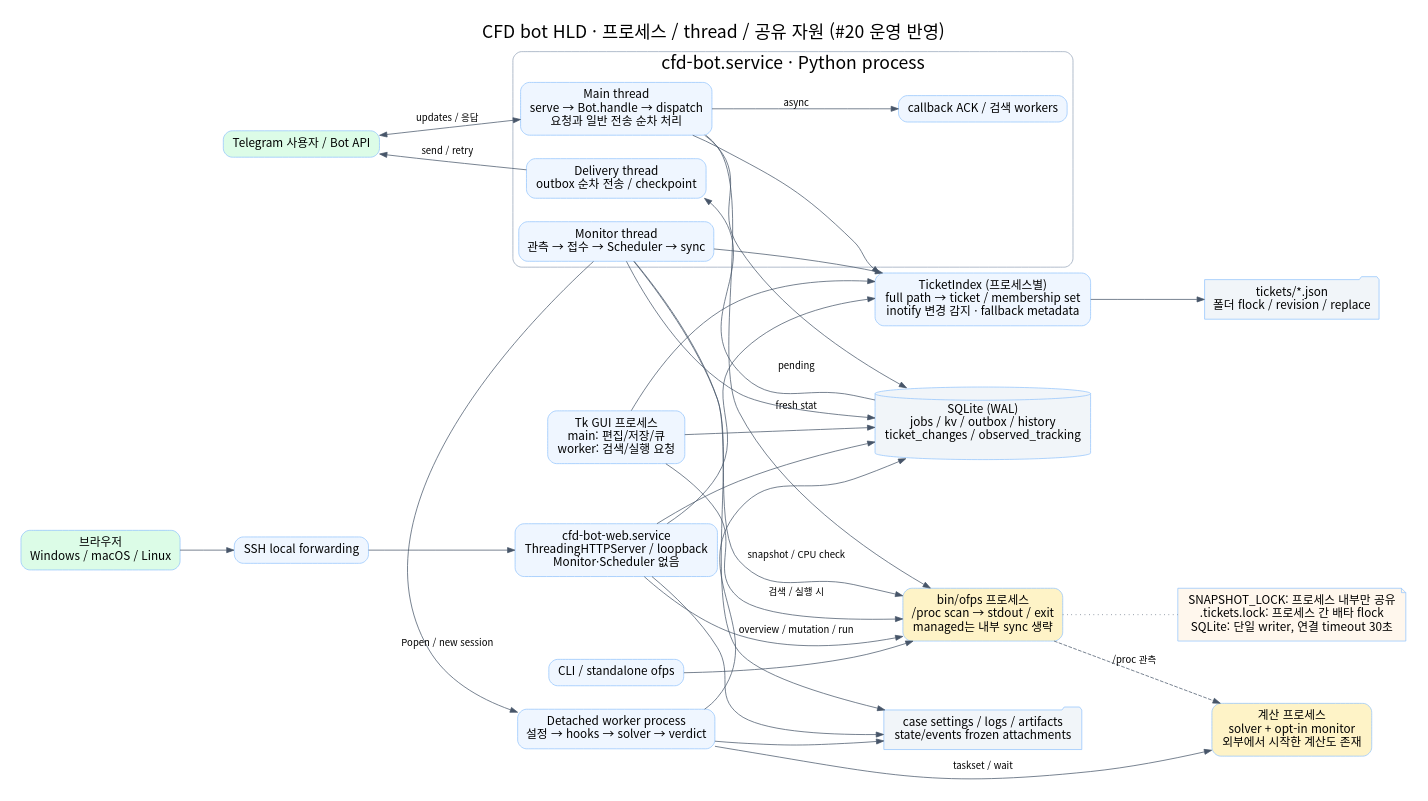
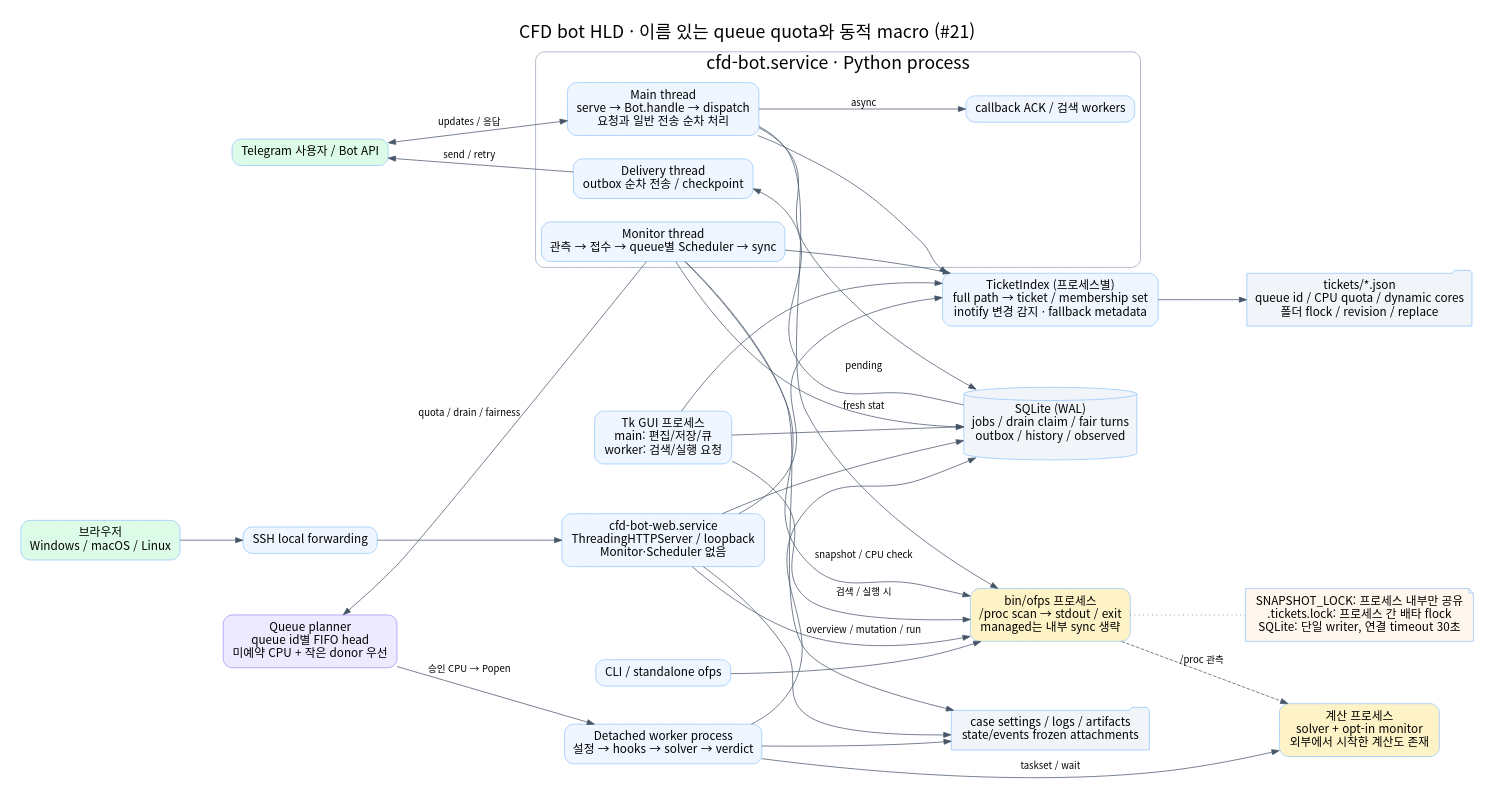
One commit to jo0n-lab/cfd-bot changed the diagram in docs/diagrams/system-hld.dot. Above: the diagram before and after it, drawn with Graphviz. The commit also changed 57 other files, not shown here.

Commit message:
Add named queue quotas and dynamic macros

```diff
--- a/docs/diagrams/system-hld.dot
+++ b/docs/diagrams/system-hld.dot
@@ -1,41 +1,43 @@
 digraph system {
- graph [rankdir=LR,bgcolor="white",pad=0.3,nodesep=0.45,ranksep=0.8,fontname="Noto Sans CJK KR",fontsize=24,label="CFD bot HLD · 프로세스 / thread / 공유 자원 (#20 운영 반영)",labelloc=t];
+ graph [rankdir=LR,bgcolor="white",pad=0.3,nodesep=0.45,ranksep=0.8,fontname="Noto Sans CJK KR",fontsize=24,label="CFD bot HLD · 이름 있는 queue quota와 동적 macro (#21)",labelloc=t];
  node [shape=box,style="rounded,filled",fillcolor="#eff6ff",color="#93c5fd",fontname="Noto Sans CJK KR",fontsize=16,margin="0.18,0.12"];
  edge [fontname="Noto Sans CJK KR",fontsize=13,color="#475569"];
  tg [label="Telegram 사용자 / Bot API",fillcolor="#dcfce7"];
  browser [label="브라우저\nWindows / macOS / Linux",fillcolor="#dcfce7"];
  ssh [label="SSH local forwarding"];
  gui [label="Tk GUI 프로세스\nmain: 편집/저장/큐\nworker: 검색/실행 요청"];
  cli [label="CLI / standalone ofps"];
  subgraph cluster_bot {
   label="cfd-bot.service · Python process";color="#94a3b8";style=rounded;
   main [label="Main thread\nserve → Bot.handle → dispatch\n요청과 일반 전송 순차 처리"];
-  mon [label="Monitor thread\n관측 → 접수 → Scheduler → sync"];
+  mon [label="Monitor thread\n관측 → 접수 → queue별 Scheduler → sync"];
   delivery [label="Delivery thread\noutbox 순차 전송 / checkpoint"];
   ack [label="callback ACK / 검색 workers"];
  }
  web [label="cfd-bot-web.service\nThreadingHTTPServer / loopback\nMonitor·Scheduler 없음"];
  scan [label="bin/ofps 프로세스\n/proc scan → stdout / exit\nmanaged는 내부 sync 생략",fillcolor="#fef3c7"];
  worker [label="Detached worker process\n설정 → hooks → solver → verdict"];
  calc [label="계산 프로세스\nsolver + opt-in monitor\n외부에서 시작한 계산도 존재",fillcolor="#fef3c7"];
- db [shape=cylinder,label="SQLite (WAL)\njobs / kv / outbox / history\nticket_changes / observed_tracking",fillcolor="#f1f5f9"];
- tickets [shape=folder,label="tickets/*.json\n폴더 flock / revision / replace",fillcolor="#f1f5f9"];
+ db [shape=cylinder,label="SQLite (WAL)\njobs / drain claim / fair turns\noutbox / history / observed",fillcolor="#f1f5f9"];
+ tickets [shape=folder,label="tickets/*.json\nqueue id / CPU quota / dynamic cores\n폴더 flock / revision / replace",fillcolor="#f1f5f9"];
  files [shape=folder,label="case settings / logs / artifacts\nstate/events frozen attachments",fillcolor="#f1f5f9"];
  tg -> main [label="updates / 응답",dir=both];main -> ack [label="async"];
  browser -> ssh -> web;
  main -> scan [label="fresh stat"];
  mon -> scan [label="snapshot / CPU check"];
  web -> scan [label="overview / mutation / run"];
  gui -> scan [label="검색 / 실행 시"];
  cli -> scan;
- mon -> worker [label="Popen / new session"];
+ planner [label="Queue planner\nqueue id별 FIFO head\n미예약 CPU + 작은 donor 우선",fillcolor="#ede9fe",color="#a78bfa"];
+ mon -> planner [label="quota / drain / fairness"];
+ planner -> worker [label="승인 CPU → Popen"];
  worker -> calc [label="taskset / wait"];
  scan -> calc [label="/proc 관측",style=dashed];
  main -> db;mon -> db;web -> db;gui -> db;worker -> db;
  db -> delivery [label="pending"];delivery -> tg [label="send / retry"];
  index [label="TicketIndex (프로세스별)\nfull path → ticket / membership set\ninotify 변경 감지 · fallback metadata"];
  main -> index;mon -> index;web -> index;gui -> index;index -> tickets;
  worker -> files;mon -> files;web -> files;
  note [shape=note,label="SNAPSHOT_LOCK: 프로세스 내부만 공유\n.tickets.lock: 프로세스 간 배타 flock\nSQLite: 단일 writer, 연결 timeout 30초",fillcolor="#fff7ed"];
  scan -> note [style=dotted,arrowhead=none];
 }
```
